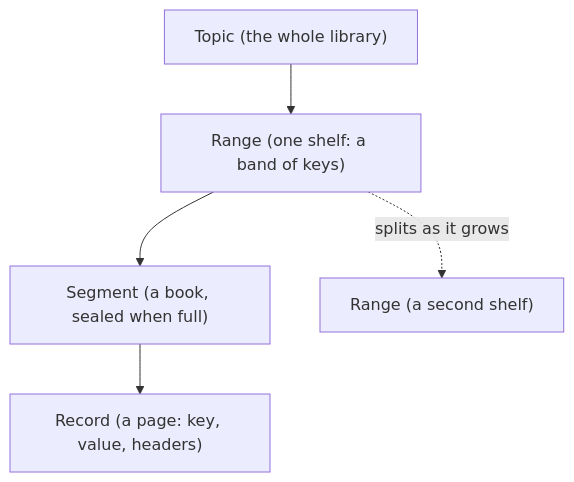
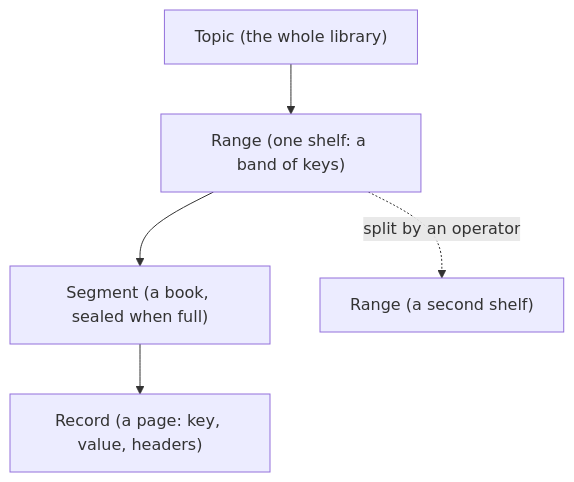
One commit to HectorIFC/malachi changed the third of 4 diagrams in docs/guides/log-model.md. Above: the diagram before and after it, drawn with Mermaid. The commit also changed other lines of this file and 17 other files, not shown here.

````diff
--- a/docs/guides/log-model.md
+++ b/docs/guides/log-model.md
@@ -58,7 +66,7 @@
 ```mermaid
 flowchart TD
   T["Topic (the whole library)"] --> R["Range (one shelf: a band of keys)"]
   R --> S["Segment (a book, sealed when full)"]
   S --> Rec["Record (a page: key, value, headers)"]
-  R -. "splits as it grows" .-> R2["Range (a second shelf)"]
+  R -. "split by an operator" .-> R2["Range (a second shelf)"]
 ```
````
